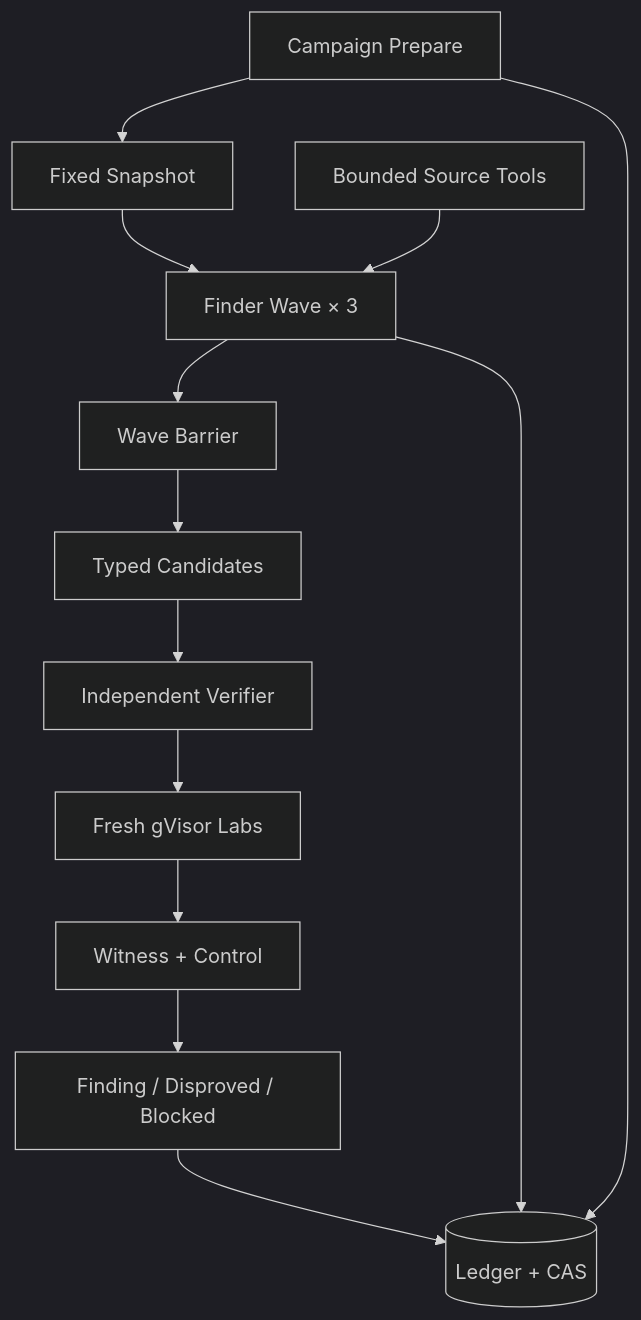
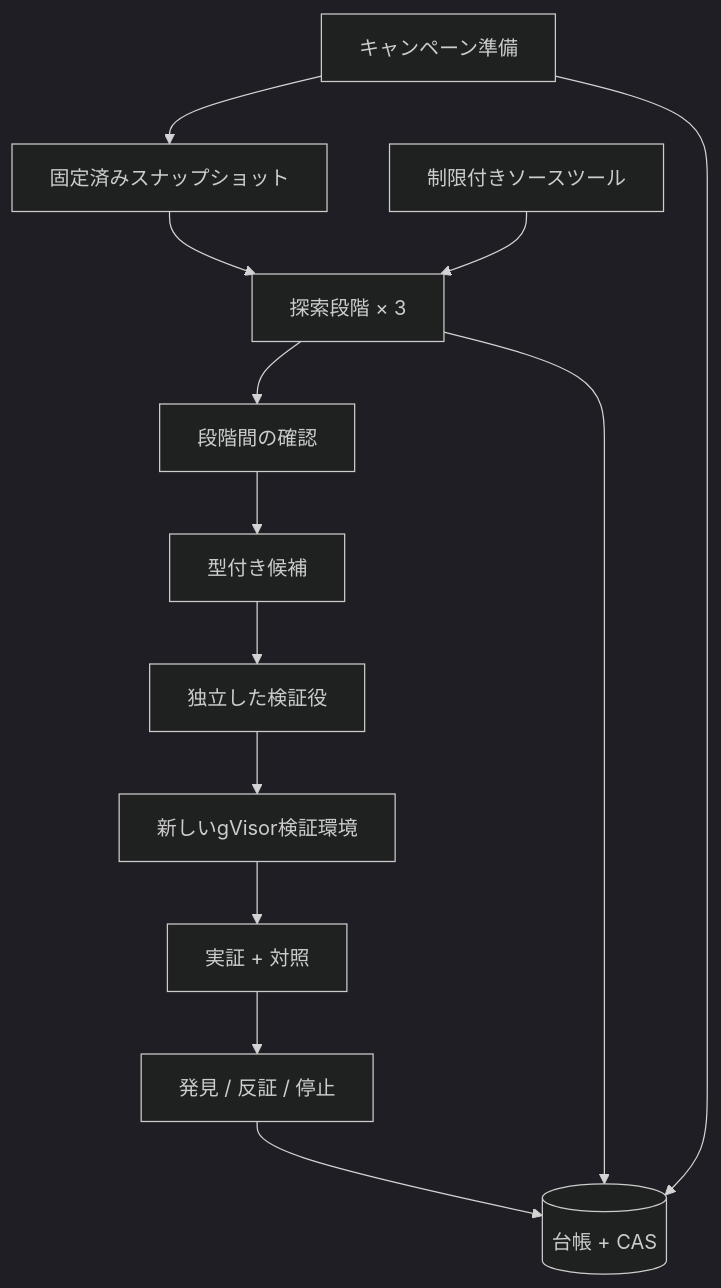
The first of 2 diagrams in docs/knowledge/public-cve-e2e-campaign-2026-09-02.md (momoponwork1415-lgtm/wordpress-harness), drawn with Mermaid (dark theme) before and after one commit. The commit also changed other lines of this file and 21 other files, not shown here.

````diff
--- a/docs/knowledge/public-cve-e2e-campaign-2026-09-02.md
+++ b/docs/knowledge/public-cve-e2e-campaign-2026-09-02.md
@@ -9,20 +9,20 @@
 ```mermaid
 flowchart TB
-    prepare["Campaign Prepare"]
-    snapshot["Fixed Snapshot"]
-    wave["Finder Wave × 3"]
-    tools["Bounded Source Tools"]
-    barrier["Wave Barrier"]
-    candidates["Typed Candidates"]
-    verifier["Independent Verifier"]
-    lab["Fresh gVisor Labs"]
-    pair["Witness + Control"]
-    outcome["Finding / Disproved / Blocked"]
-    ledger[("Ledger + CAS")]
+    prepare["キャンペーン準備"]
+    snapshot["固定済みスナップショット"]
+    wave["探索段階 × 3"]
+    tools["制限付きソースツール"]
+    barrier["段階間の確認"]
+    candidates["型付き候補"]
+    verifier["独立した検証役"]
+    lab["新しいgVisor検証環境"]
+    pair["実証 + 対照"]
+    outcome["発見 / 反証 / 停止"]
+    ledger[("台帳 + CAS")]
 
     prepare --> snapshot --> wave --> barrier --> candidates
     tools --> wave
     candidates --> verifier --> lab --> pair --> outcome --> ledger
     prepare --> ledger
     wave --> ledger
 ```
````
